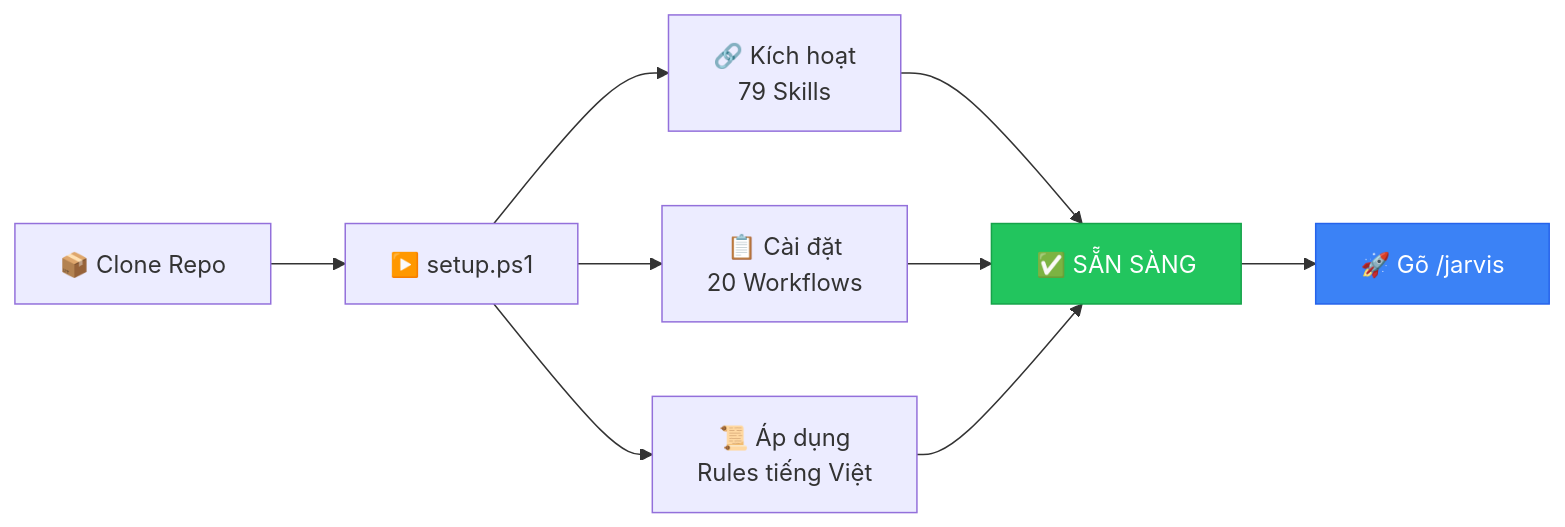
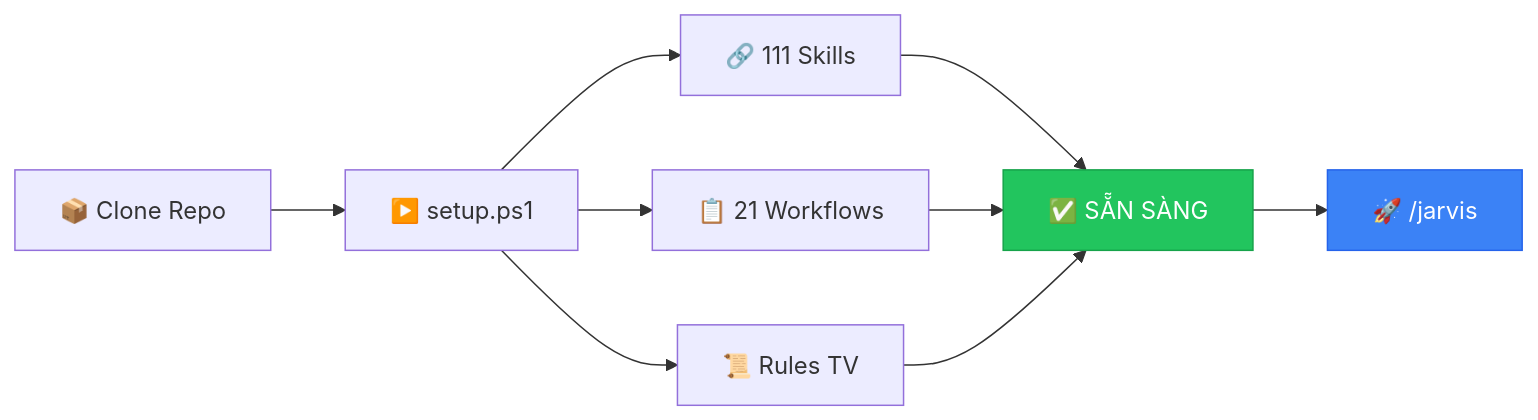
One commit to xaotiensinh-abm/abm-workforce changed the first of 10 diagrams in README.md. Above: the diagram before and after it, drawn with Mermaid. The commit also changed other lines of this file and 65 other files, not shown here.

````diff
--- a/README.md
+++ b/README.md
@@ -128,14 +117,14 @@
 ```mermaid
 graph LR
     A["📦 Clone Repo"] --> B["▶️ setup.ps1"]
-    B --> C["🔗 Kích hoạt<br/>79 Skills"]
-    B --> D["📋 Cài đặt<br/>20 Workflows"]
-    B --> E["📜 Áp dụng<br/>Rules tiếng Việt"]
+    B --> C["🔗 111 Skills"]
+    B --> D["📋 21 Workflows"]
+    B --> E["📜 Rules TV"]
     C --> F["✅ SẴN SÀNG"]
     D --> F
     E --> F
-    F --> G["🚀 Gõ /jarvis"]
+    F --> G["🚀 /jarvis"]
 
     style F fill:#22c55e,color:#fff,stroke:#16a34a
     style G fill:#3b82f6,color:#fff,stroke:#2563eb
 ```
````
